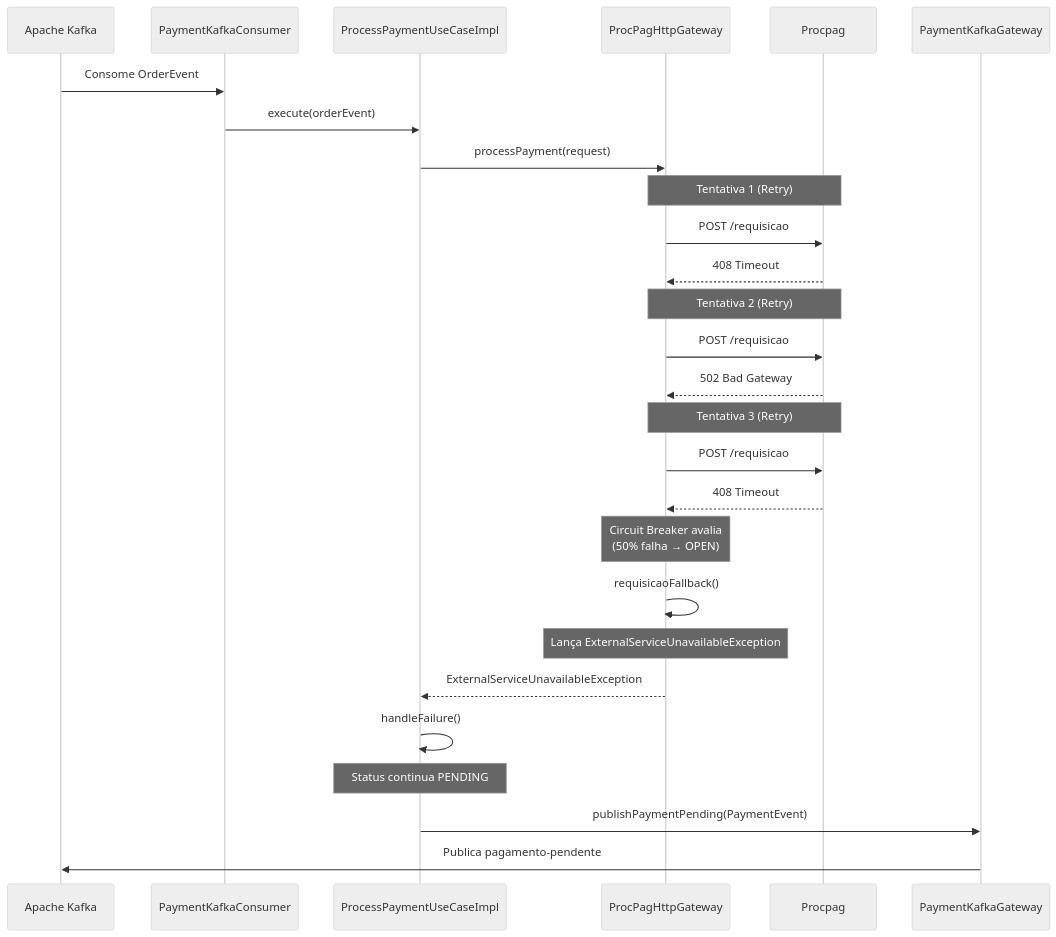
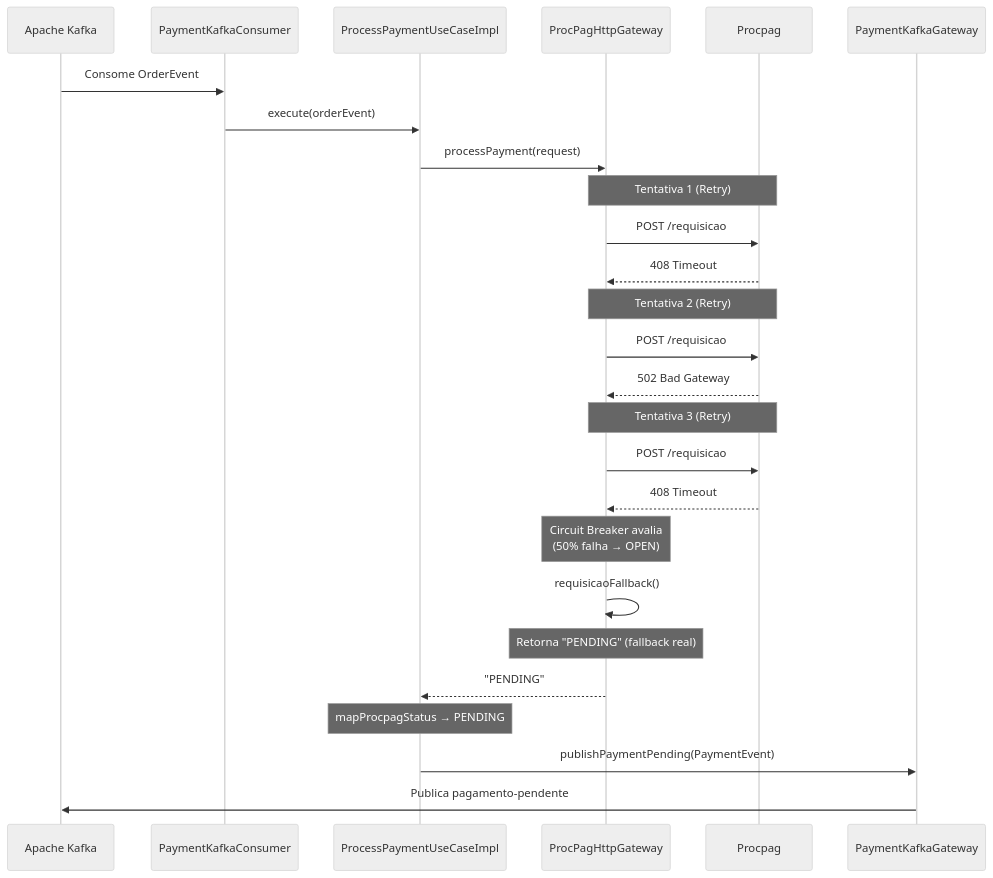
The fifth of 7 diagrams in docs/architecture.md (HugoOliveiraSoares/tech-challenge-iii), drawn with Mermaid (neutral theme) before and after one commit. The commit also changed other lines of this file and 2 other files, not shown here.

Commit message:
feat(pagamento): make requisicaoFallback return "PENDING" instead of throwing
The fallback now returns "PENDING" directly, allowing the normal flow
to persist the status and publish pagamento-pendente. Previously it
threw ExternalServiceUnavailableException, which required the use case
to catch and handle it separately — a misuse of the fallback pattern.

````diff
--- a/docs/architecture.md
+++ b/docs/architecture.md
@@ -264,37 +264,36 @@
 ```mermaid
 sequenceDiagram
   participant Kafka as Apache Kafka
   participant Consumer as PaymentKafkaConsumer
   participant UseCase as ProcessPaymentUseCaseImpl
   participant HTTP as ProcPagHttpGateway
   participant Procpag as Procpag
   participant Producer as PaymentKafkaGateway
 
   Kafka->>Consumer: Consome OrderEvent
   Consumer->>UseCase: execute(orderEvent)
 
   UseCase->>HTTP: processPayment(request)
 
   Note over HTTP,Procpag: Tentativa 1 (Retry)
   HTTP->>Procpag: POST /requisicao
   Procpag-->>HTTP: 408 Timeout
 
   Note over HTTP,Procpag: Tentativa 2 (Retry)
   HTTP->>Procpag: POST /requisicao
   Procpag-->>HTTP: 502 Bad Gateway
 
   Note over HTTP,Procpag: Tentativa 3 (Retry)
   HTTP->>Procpag: POST /requisicao
   Procpag-->>HTTP: 408 Timeout
 
   Note over HTTP: Circuit Breaker avalia<br/>(50% falha → OPEN)
   HTTP->>HTTP: requisicaoFallback()
-  Note over HTTP: Lança ExternalServiceUnavailableException
+  Note over HTTP: Retorna "PENDING" (fallback real)
 
-  HTTP-->>UseCase: ExternalServiceUnavailableException
-  UseCase->>UseCase: handleFailure()
-  Note over UseCase: Status continua PENDING
+  HTTP-->>UseCase: "PENDING"
+  Note over UseCase: mapProcpagStatus → PENDING
 
   UseCase->>Producer: publishPaymentPending(PaymentEvent)
   Producer->>Kafka: Publica pagamento-pendente
 ```
````
